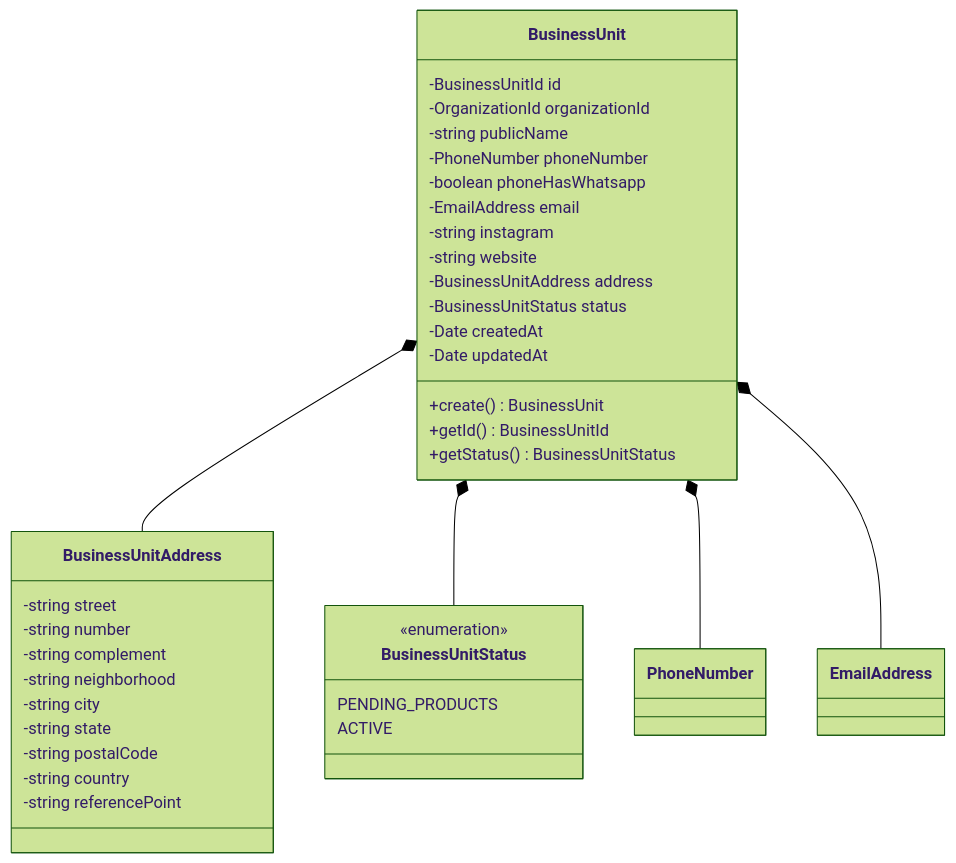
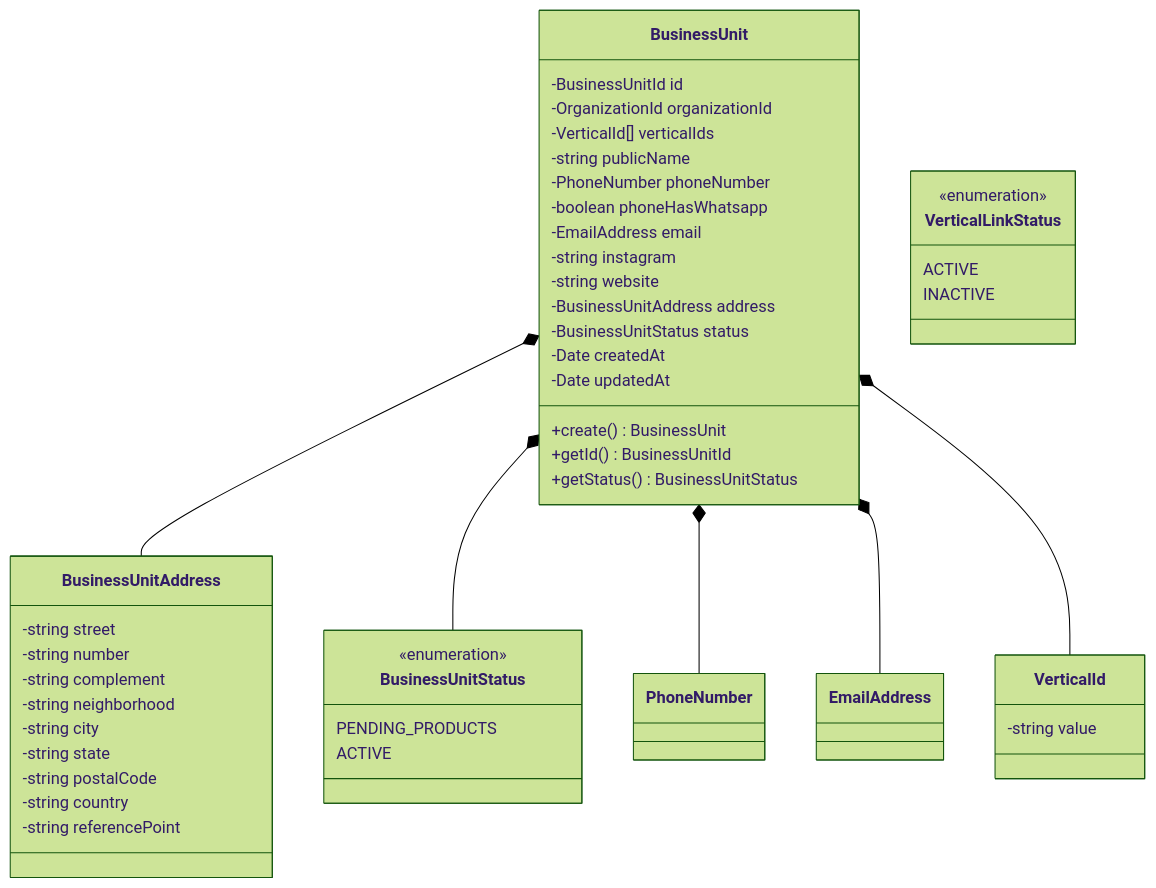
The third of 6 diagrams in specs/modules/organization/03-create-business-unit/design.md (CSousa-Dev/smart-delivery), drawn with Mermaid (forest theme) before and after one commit. The commit also changed other lines of this file and 107 other files, not shown here.

````diff
--- a/specs/modules/organization/03-create-business-unit/design.md
+++ b/specs/modules/organization/03-create-business-unit/design.md
@@ -173,43 +224,55 @@
 ```mermaid
 classDiagram
     class BusinessUnit {
         -BusinessUnitId id
         -OrganizationId organizationId
+        -VerticalId[] verticalIds
         -string publicName
         -PhoneNumber phoneNumber
         -boolean phoneHasWhatsapp
         -EmailAddress email
         -string instagram
         -string website
         -BusinessUnitAddress address
         -BusinessUnitStatus status
         -Date createdAt
         -Date updatedAt
         +create() BusinessUnit
         +getId() BusinessUnitId
         +getStatus() BusinessUnitStatus
     }
 
     class BusinessUnitAddress {
         -string street
         -string number
         -string complement
         -string neighborhood
         -string city
         -string state
         -string postalCode
         -string country
         -string referencePoint
     }
 
     class BusinessUnitStatus {
         <<enumeration>>
         PENDING_PRODUCTS
         ACTIVE
     }
 
+    class VerticalId {
+        -string value
+    }
+
+    class VerticalLinkStatus {
+        <<enumeration>>
+        ACTIVE
+        INACTIVE
+    }
+
     BusinessUnit *-- BusinessUnitAddress
     BusinessUnit *-- BusinessUnitStatus
     BusinessUnit *-- PhoneNumber
     BusinessUnit *-- EmailAddress
+    BusinessUnit *-- VerticalId
 ```
````
